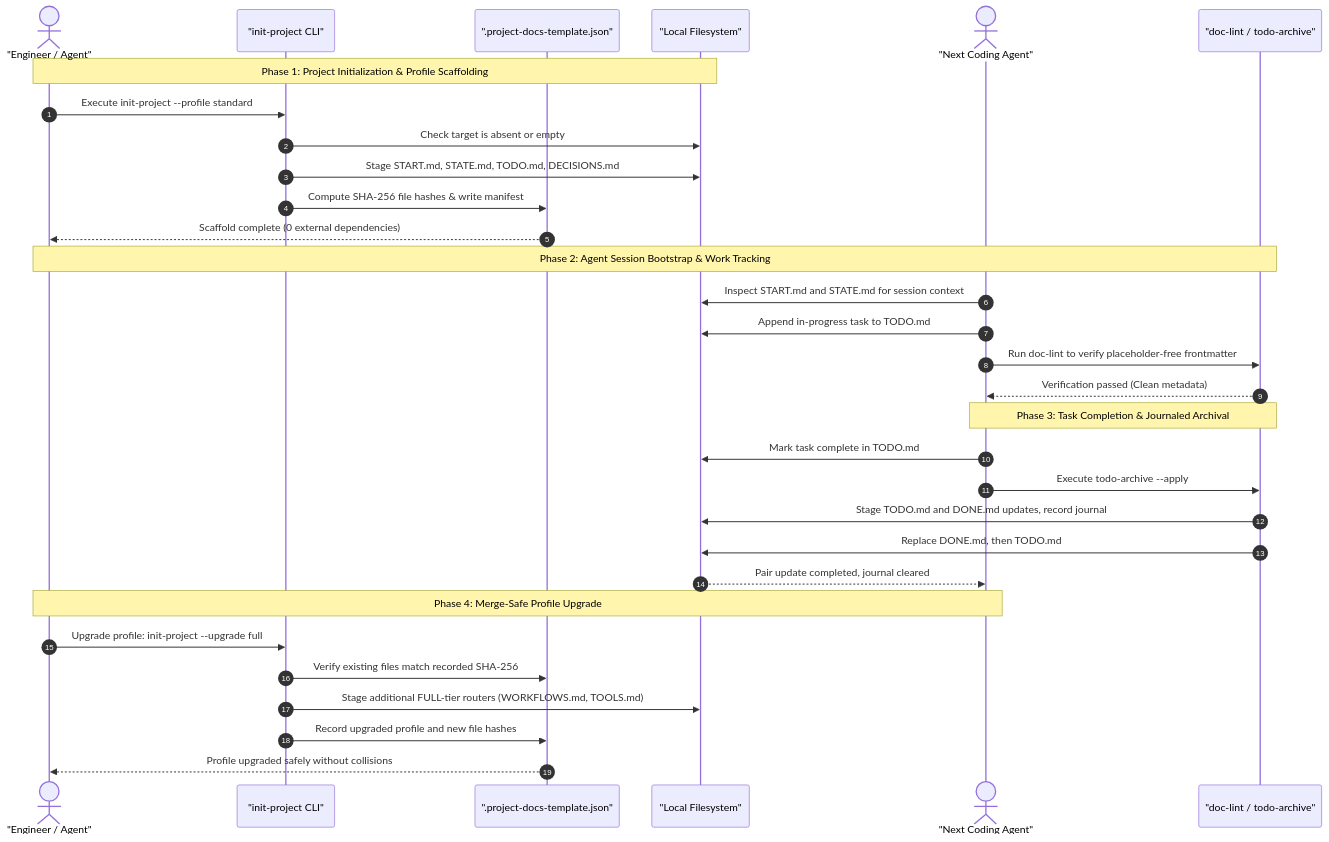
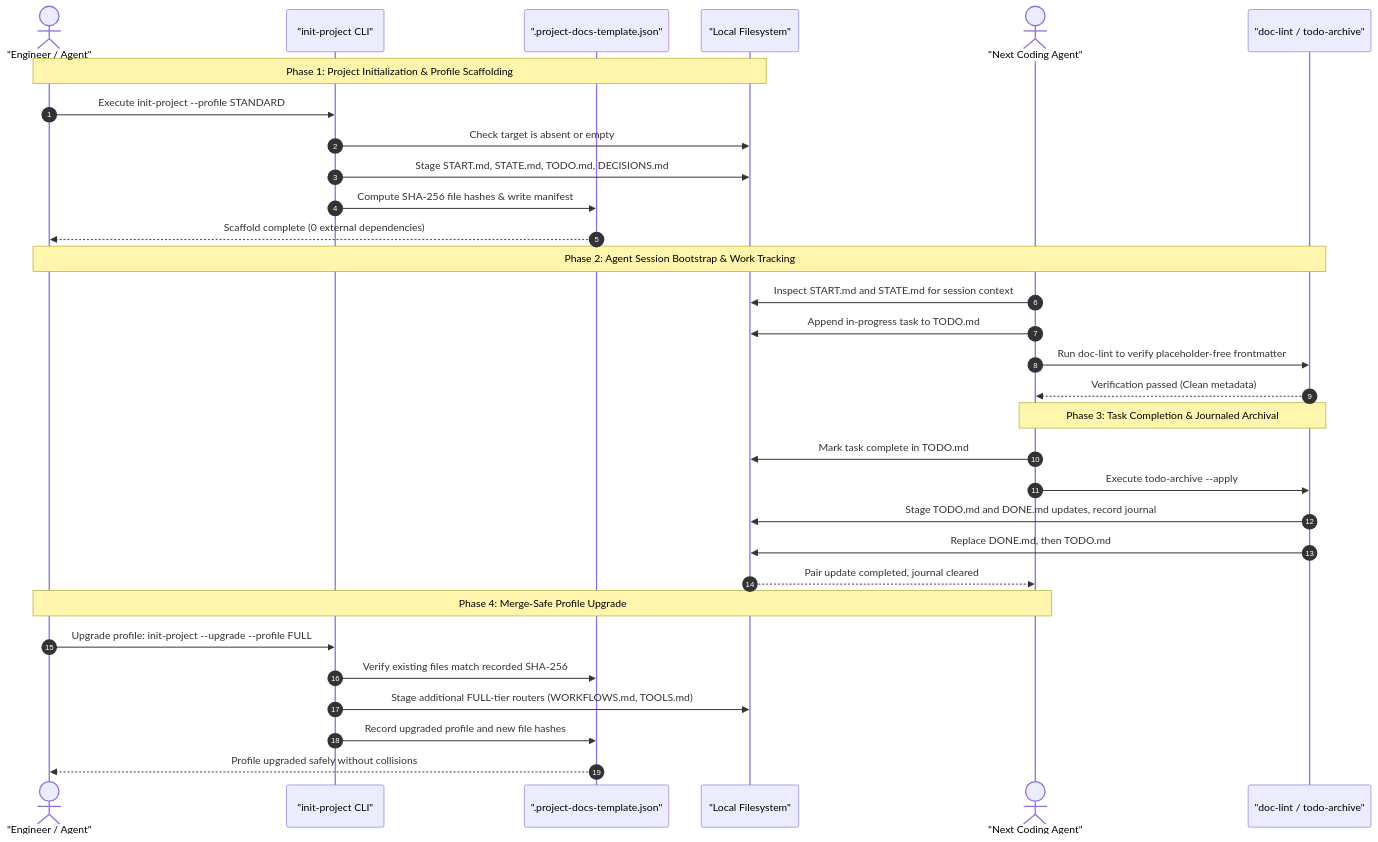
The second of 2 diagrams in README.md (ellmos-ai/project-docs-template), drawn with Mermaid before and after one commit. The commit also changed other lines of this file and 14 other files, not shown here.

First line of the commit message:
fix(docs): document the real init-project/doc-lint CLI interface (for #10)

````diff
--- a/README.md
+++ b/README.md
@@ -156,37 +156,37 @@
 ```mermaid
 sequenceDiagram
     autonumber
     actor Engineer as "Engineer / Agent"
     participant CLI as "init-project CLI"
     participant Manifest as ".project-docs-template.json"
     participant FS as "Local Filesystem"
     actor NextAgent as "Next Coding Agent"
     participant Linter as "doc-lint / todo-archive"
 
     Note over Engineer,FS: Phase 1: Project Initialization & Profile Scaffolding
-    Engineer->>CLI: Execute init-project --profile standard
+    Engineer->>CLI: Execute init-project --profile STANDARD
     CLI->>FS: Check target is absent or empty
     CLI->>FS: Stage START.md, STATE.md, TODO.md, DECISIONS.md
     CLI->>Manifest: Compute SHA-256 file hashes & write manifest
     Manifest-->>Engineer: Scaffold complete (0 external dependencies)
 
     Note over Engineer,Linter: Phase 2: Agent Session Bootstrap & Work Tracking
     NextAgent->>FS: Inspect START.md and STATE.md for session context
     NextAgent->>FS: Append in-progress task to TODO.md
     NextAgent->>Linter: Run doc-lint to verify placeholder-free frontmatter
     Linter-->>NextAgent: Verification passed (Clean metadata)
 
     Note over NextAgent,Linter: Phase 3: Task Completion & Journaled Archival
     NextAgent->>FS: Mark task complete in TODO.md
     NextAgent->>Linter: Execute todo-archive --apply
     Linter->>FS: Stage TODO.md and DONE.md updates, record journal
     Linter->>FS: Replace DONE.md, then TODO.md
     FS-->>NextAgent: Pair update completed, journal cleared
 
     Note over Engineer,NextAgent: Phase 4: Merge-Safe Profile Upgrade
-    Engineer->>CLI: Upgrade profile: init-project --upgrade full
+    Engineer->>CLI: Upgrade profile: init-project --upgrade --profile FULL
     CLI->>Manifest: Verify existing files match recorded SHA-256
     CLI->>FS: Stage additional FULL-tier routers (WORKFLOWS.md, TOOLS.md)
     CLI->>Manifest: Record upgraded profile and new file hashes
     Manifest-->>Engineer: Profile upgraded safely without collisions
 ```
````
